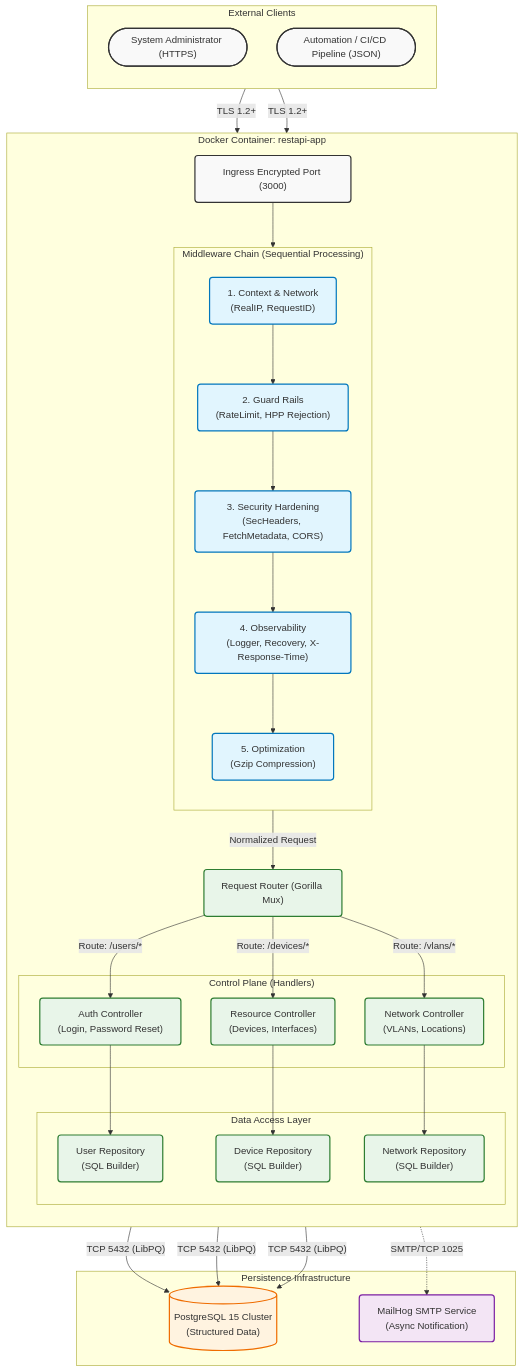
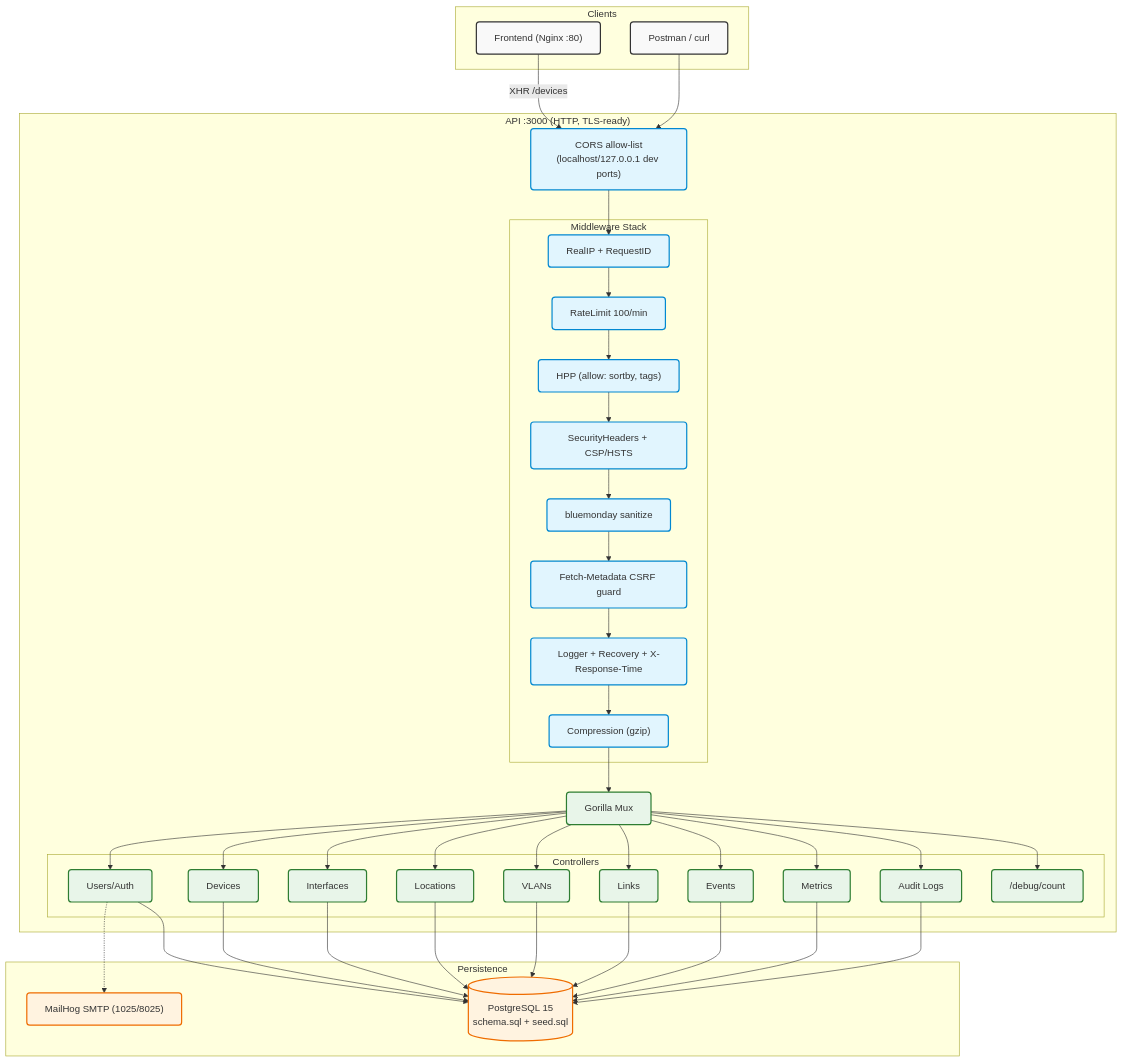
One commit to YasinEnginExpert/REST-API changed the diagram in README.md. Above: the diagram before and after it, drawn with Mermaid. The commit also changed other lines of this file, not shown here.

Commit message:
docs: add detailed examples for Audit, Metrics, and Debug endpoints

````diff
--- a/README.md
+++ b/README.md
@@ -44,80 +61,52 @@
 ```mermaid
 graph TB
-    %% Styles
     classDef client fill:#f9f9f9,stroke:#333,stroke-width:2px,rx:5;
-    classDef security fill:#e1f5fe,stroke:#0277bd,stroke-width:2px,rx:5;
+    classDef mid fill:#e1f5fe,stroke:#0288d1,stroke-width:2px,rx:5;
     classDef app fill:#e8f5e9,stroke:#2e7d32,stroke-width:2px,rx:5;
-    classDef data fill:#fff3e0,stroke:#ef6c00,stroke-width:2px,rx:0;
-    classDef external fill:#f3e5f5,stroke:#7b1fa2,stroke-width:2px,rx:5;
+    classDef data fill:#fff3e0,stroke:#ef6c00,stroke-width:2px,rx:5;
 
-    %% --- External World ---
-    subgraph "External Clients"
-        direction TB
-        Admin(["System Administrator (HTTPS)"])
-        Auto(["Automation / CI/CD Pipeline (JSON)"])
+    subgraph Clients
+        Web["Frontend (Nginx :80)"]:::client
+        Postman["Postman / curl"]:::client
     end
 
-    %% --- Container Boundary ---
-    subgraph "Docker Container: restapi-app"
-        direction TB
-
-        Inbound["Ingress Encrypted Port (3000)"]
-
-        %% 1. Middleware Pipeline
-        subgraph "Middleware Chain (Sequential Processing)"
-            direction TB
-            MW_Net["1. Context & Network<br/>(RealIP, RequestID)"]:::security
-            MW_Protect["2. Guard Rails<br/>(RateLimit, HPP Rejection)"]:::security
-            MW_Hard["3. Security Hardening<br/>(SecHeaders, FetchMetadata, CORS)"]:::security
-            MW_Obs["4. Observability<br/>(Logger, Recovery, X-Response-Time)"]:::security
-            MW_Opt["5. Optimization<br/>(Gzip Compression)"]:::security
+    subgraph "API :3000 (HTTP, TLS-ready)"
+        CORS["CORS allow-list<br/>(localhost/127.0.0.1 dev ports)"]:::mid
+        subgraph "Middleware Stack"
+            RealIP["RealIP + RequestID"]:::mid
+            Rate["RateLimit 100/min"]:::mid
+            HPP["HPP (allow: sortby, tags)"]:::mid
+            SecHdr["SecurityHeaders + CSP/HSTS"]:::mid
+            Sanitize["bluemonday sanitize"]:::mid
+            FetchMD["Fetch-Metadata CSRF guard"]:::mid
+            Logger["Logger + Recovery + X-Response-Time"]:::mid
+            Gzip["Compression (gzip)"]:::mid
         end
-
-        %% 2. Router
-        Router("Request Router (Gorilla Mux)"):::app
-
-        %% 3. Control Plane
-        subgraph "Control Plane (Handlers)"
-            H_Auth["Auth Controller<br/>(Login, Password Reset)"]:::app
-            H_Dev["Resource Controller<br/>(Devices, Interfaces)"]:::app
-            H_Net["Network Controller<br/>(VLANs, Locations)"]:::app
-        end
-        
-        %% 4. Data Access
-        subgraph "Data Access Layer"
-            Repo_User["User Repository<br/>(SQL Builder)"]:::app
-            Repo_Dev["Device Repository<br/>(SQL Builder)"]:::app
-            Repo_Net["Network Repository<br/>(SQL Builder)"]:::app
+        Router["Gorilla Mux"]:::app
+        subgraph Controllers
+            Auth["Users/Auth"]:::app
+            Dev["Devices"]:::app
+            Ifc["Interfaces"]:::app
+            Loc["Locations"]:::app
+            Vlan["VLANs"]:::app
+            Link["Links"]:::app
+            Event["Events"]:::app
+            Metric["Metrics"]:::app
+            Audit["Audit Logs"]:::app
+            Debug["/debug/count"]:::app
         end
     end
 
-    %% --- Persistence ---
-    subgraph "Persistence Infrastructure"
-        DB[("PostgreSQL 15 Cluster<br/>(Structured Data)")]:::data
-        Mail["MailHog SMTP Service<br/>(Async Notification)"]:::external
+    subgraph Persistence
+        DB[("PostgreSQL 15<br/>schema.sql + seed.sql")]:::data
+        Mail["MailHog SMTP (1025/8025)"]:::data
     end
 
-    %% --- Flow Connections ---
-    Admin & Auto -->|TLS 1.2+| Inbound
-    Inbound --> MW_Net
-    MW_Net --> MW_Protect
-    MW_Protect --> MW_Hard
-    MW_Hard --> MW_Obs
-    MW_Obs --> MW_Opt
-    MW_Opt -->|Normalized Request| Router
-
-    Router -->|Route: /users/*| H_Auth
-    Router -->|Route: /devices/*| H_Dev
-    Router -->|Route: /vlans/*| H_Net
-
-    H_Auth --> Repo_User
-    H_Dev --> Repo_Dev
-    H_Net --> Repo_Net
-
-    H_Auth -.->|SMTP/TCP 1025| Mail
-    
-    Repo_User & Repo_Dev & Repo_Net -->|"TCP 5432 (LibPQ)"| DB
-    
-    %% Semantic Class Assignments
-    class Admin,Auto,Inbound client;
+    Web -->|XHR /devices| CORS
+    Postman --> CORS
+    CORS --> RealIP --> Rate --> HPP --> SecHdr --> Sanitize --> FetchMD --> Logger --> Gzip --> Router
+    Router --> Auth & Dev & Ifc & Loc & Vlan & Link & Event & Metric & Audit & Debug
+    Auth -.-> Mail
+    Auth --> DB
+    Dev & Ifc & Loc & Vlan & Link & Event & Metric & Audit --> DB
 ```
````
